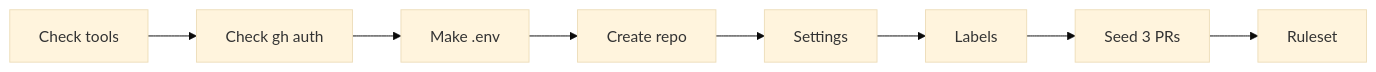
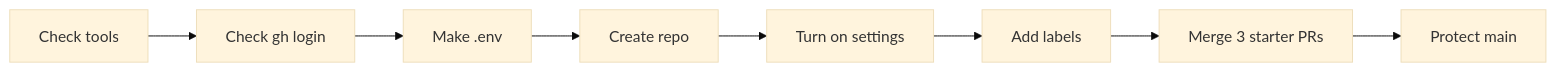
The diagram in 00_Prerequisites/README.md (amyabelsql/DayOfData_Portland_2026), drawn with Mermaid (base theme) before and after one commit. The commit also changed other lines of this file and 35 other files, not shown here.

````diff
--- a/00_Prerequisites/README.md
+++ b/00_Prerequisites/README.md
@@ -23,5 +84,5 @@
 ```mermaid
 flowchart LR
-    A[Check tools] --> B[Check gh auth] --> C[Make .env] --> D[Create repo]
-    D --> E[Settings] --> F[Labels] --> G[Seed 3 PRs] --> H[Ruleset]
+    A[Check tools] --> B[Check gh login] --> C[Make .env] --> D[Create repo]
+    D --> E[Turn on settings] --> F[Add labels] --> G[Merge 3 starter PRs] --> H[Protect main]
 ```
````
